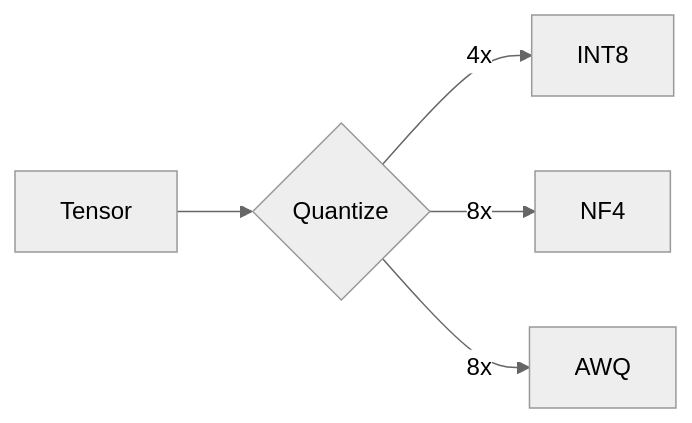
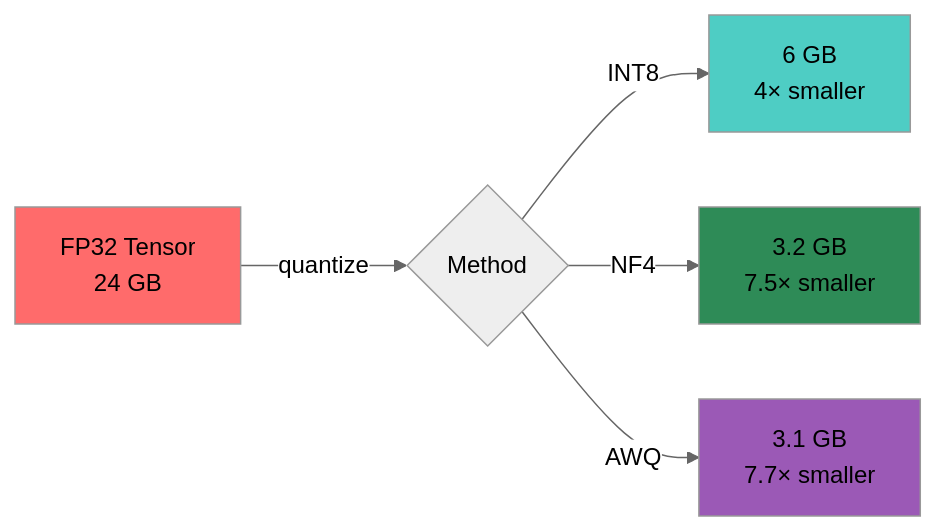
One commit to saleembarakat4/viva_tensor changed the sixth of 7 diagrams in README.md. Above: the diagram before and after it, drawn with Mermaid (neutral theme). The commit also changed other lines of this file and 1 other file, not shown here.

First line of the commit message:
docs: update README and CHANGELOG with multi-backend architecture and benchmarks

````diff
--- a/README.md
+++ b/README.md
@@ -72,7 +167,12 @@
 ```mermaid
 flowchart LR
-    T[Tensor] --> Q{Quantize}
-    Q -->|4x| I[INT8]
-    Q -->|8x| N[NF4]
-    Q -->|8x| A[AWQ]
+    A[FP32 Tensor<br/>24 GB] -->|quantize| B{Method}
+    B -->|INT8| C[6 GB<br/>4× smaller]
+    B -->|NF4| D[3.2 GB<br/>7.5× smaller]
+    B -->|AWQ| E[3.1 GB<br/>7.7× smaller]
+
+    style A fill:#FF6B6B
+    style C fill:#4ECDC4
+    style D fill:#2E8B57
+    style E fill:#9B59B6
 ```
````
